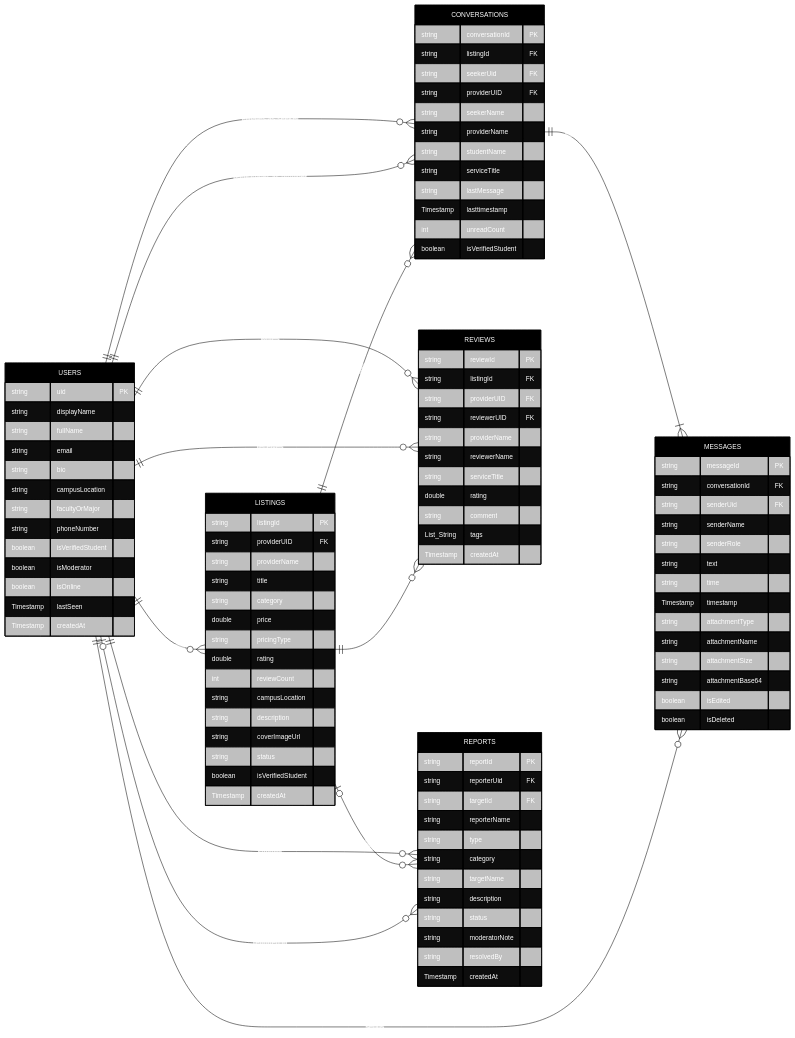
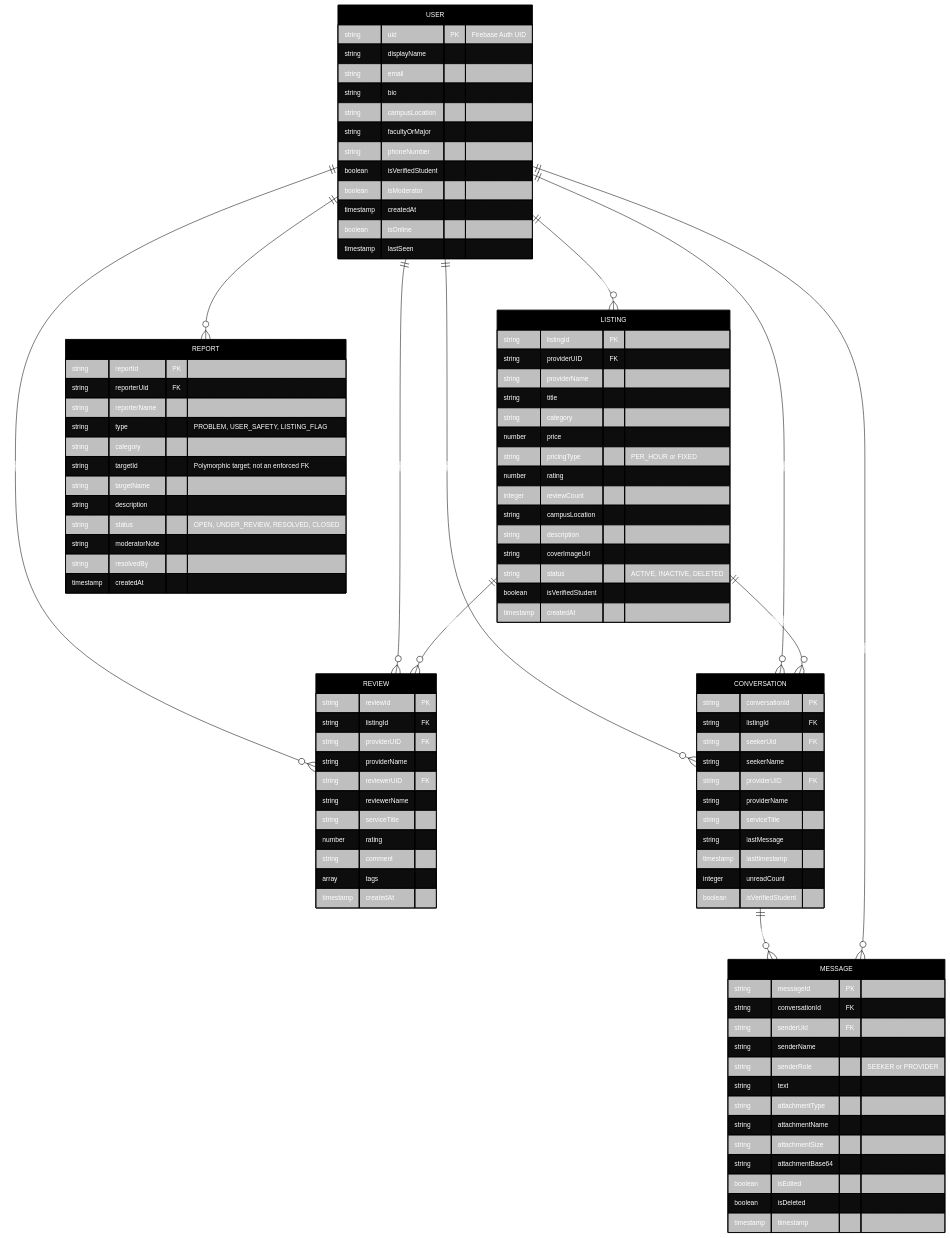
Before and after one commit to yonggk16/CampusHive: the diagram in README.md, drawn with Mermaid.

Commit message:
Revise database schema in README.md

````diff
--- a/README.md
+++ b/README.md
@@ -126,12 +126,9 @@
   }
 }}%%
 erDiagram
-    direction LR
-
-    USERS {
-        string uid PK
+    USER {
+        string uid PK "Firebase Auth UID"
         string displayName
-        string fullName
         string email
         string bio
         string campusLocation
@@ -139,100 +136,96 @@
         string phoneNumber
         boolean isVerifiedStudent
         boolean isModerator
+        timestamp createdAt
         boolean isOnline
-        Timestamp lastSeen
-        Timestamp createdAt
+        timestamp lastSeen
     }
 
-    LISTINGS {
+    LISTING {
         string listingId PK
         string providerUID FK
         string providerName
         string title
         string category
-        double price
-        string pricingType
-        double rating
-        int reviewCount
+        number price
+        string pricingType "PER_HOUR or FIXED"
+        number rating
+        integer reviewCount
         string campusLocation
         string description
         string coverImageUrl
-        string status
+        string status "ACTIVE, INACTIVE, DELETED"
         boolean isVerifiedStudent
-        Timestamp createdAt
+        timestamp createdAt
     }
 
-    CONVERSATIONS {
+    REVIEW {
+        string reviewId PK
+        string listingId FK
+        string providerUID FK
+        string providerName
+        string reviewerUID FK
+        string reviewerName
+        string serviceTitle
+        number rating
+        string comment
+        array tags
+        timestamp createdAt
+    }
+
+    REPORT {
+        string reportId PK
+        string reporterUid FK
+        string reporterName
+        string type "PROBLEM, USER_SAFETY, LISTING_FLAG"
+        string category
+        string targetId "Polymorphic target; not an enforced FK"
+        string targetName
+        string description
+        string status "OPEN, UNDER_REVIEW, RESOLVED, CLOSED"
+        string moderatorNote
+        string resolvedBy
+        timestamp createdAt
+    }
+
+    CONVERSATION {
         string conversationId PK
         string listingId FK
         string seekerUid FK
+        string seekerName
         string providerUID FK
-        string seekerName
         string providerName
-        string studentName
         string serviceTitle
         string lastMessage
-        Timestamp lasttimestamp
-        int unreadCount
+        timestamp lasttimestamp
+        integer unreadCount
         boolean isVerifiedStudent
     }
 
-    MESSAGES {
+    MESSAGE {
         string messageId PK
         string conversationId FK
         string senderUid FK
         string senderName
-        string senderRole
+        string senderRole "SEEKER or PROVIDER"
         string text
-        string time
-        Timestamp timestamp
         string attachmentType
         string attachmentName
         string attachmentSize
         string attachmentBase64
         boolean isEdited
         boolean isDeleted
+        timestamp timestamp
     }
 
-    REVIEWS {
-        string reviewId PK
-        string listingId FK
-        string providerUID FK
-        string reviewerUID FK
-        string providerName
-        string reviewerName
-        string serviceTitle
-        double rating
-        string comment
-        List_String tags
-        Timestamp createdAt
-    }
-
-    REPORTS {
-        string reportId PK
-        string reporterUid FK
-        string targetId FK
-        string reporterName
-        string type
-        string category
-        string targetName
-        string description
-        string status
-        string moderatorNote
-        string resolvedBy
-        Timestamp createdAt
-    }
-
-    USERS ||--o{ LISTINGS : "publishes"
-    USERS ||--o{ REVIEWS : "writes"
-    USERS ||--o{ REVIEWS : "receives"
-    LISTINGS ||--o{ REVIEWS : "has"
-    USERS ||--o{ CONVERSATIONS : "initiates as seeker"
-    USERS ||--o{ CONVERSATIONS : "participates as provider"
-    LISTINGS ||--o{ CONVERSATIONS : "discussed in"
-    CONVERSATIONS ||--|{ MESSAGES : "contains subcollection"
-    USERS ||--o{ MESSAGES : "sends"
-    USERS ||--o{ REPORTS : "submits"
-    LISTINGS |o--o{ REPORTS : "flagged in"
-    USERS |o--o{ REPORTS : "reported in"
+    USER ||--o{ LISTING : provides
+    USER ||--o{ REVIEW : writes
+    USER ||--o{ REVIEW : receives
+    LISTING ||--o{ REVIEW : receives
+    USER ||--o{ REPORT : submits
+    USER ||--o{ CONVERSATION : seeks
+    USER ||--o{ CONVERSATION : provides
+    LISTING ||--o{ CONVERSATION : is_about
+    CONVERSATION ||--o{ MESSAGE : contains
+    USER ||--o{ MESSAGE : sends
 ```
````
